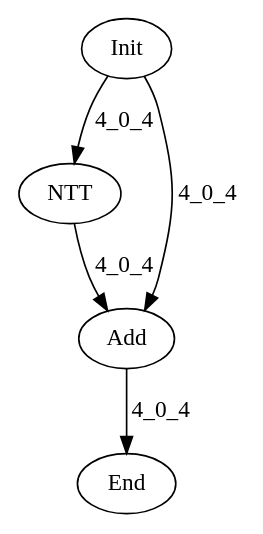
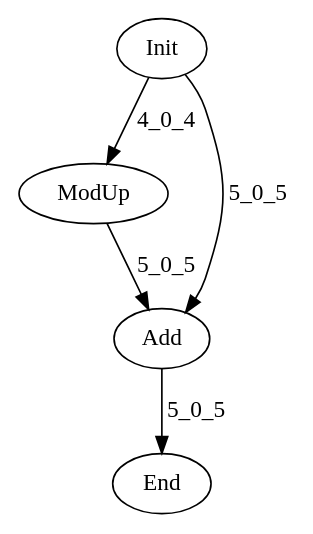
One commit to hal-lab-u-tokyo/PolyFHE changed the diagram in data/graph_poly.dot. Above: the diagram before and after it, drawn with Graphviz. The commit also changed 5 other files, not shown here.

```diff
--- a/data/graph_poly.dot
+++ b/data/graph_poly.dot
@@ -1,10 +1,10 @@
 digraph G {
 Init[label="Init"];
 End[label="End"];
-NTT[label="NTT"];
+ModUp[label="ModUp"];
 Add[label="Add"];
-Init -> NTT[label="4_0_4"];
-Init -> Add[label="4_0_4"];
-NTT -> Add[label="4_0_4"];
-Add -> End[label="4_0_4"];
+Init -> ModUp[label="4_0_4"];
+ModUp -> Add[label="5_0_5"];
+Init -> Add[label="5_0_5"];
+Add -> End[label="5_0_5"];
 }
```
